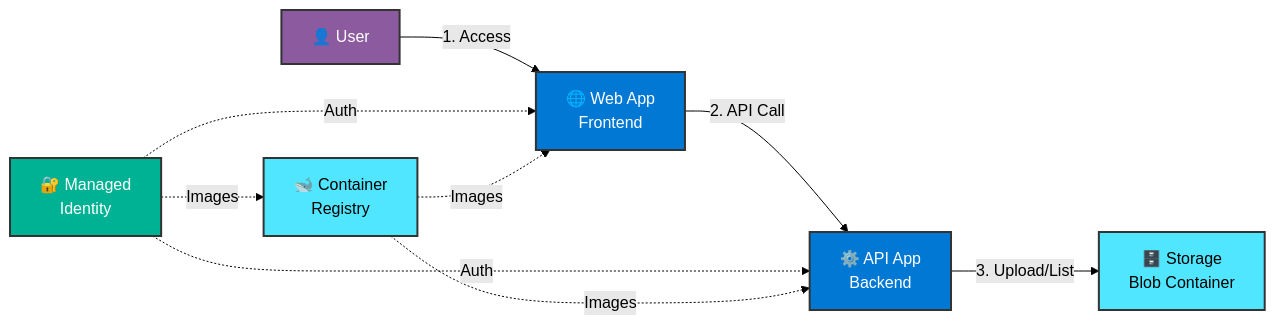
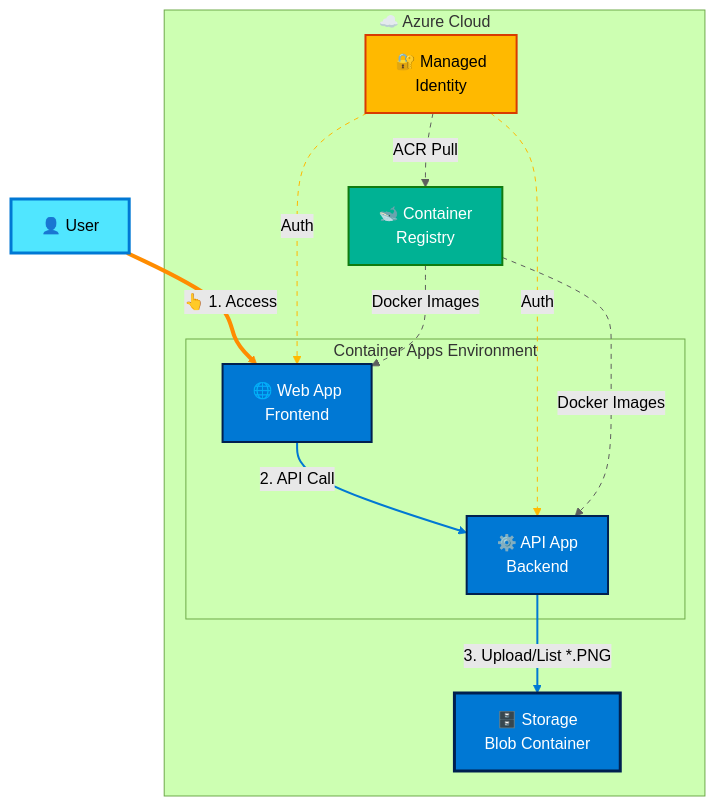
Before and after one commit to Azure-Samples/azure-typescript-upload-file-storage-blob: the diagram in docs/mermaid/architecture-simple.mermaid, drawn with Mermaid (forest theme). The commit also changed 11 other files, not shown here.

```diff
--- a/docs/mermaid/architecture-simple.mermaid
+++ b/docs/mermaid/architecture-simple.mermaid
@@ -1,29 +1,41 @@
-graph LR
+graph TB
     User[👤 User]
-    Frontend[🌐 Web App<br/>Frontend]
-    Backend[⚙️ API App<br/>Backend]
-    ManagedIdentity[🔐 Managed<br/>Identity]
-    Registry[🐋 Container<br/>Registry]
-    Storage[🗄️ Storage<br/>Blob Container]
+    
+    subgraph Azure["☁️ Azure Cloud"]
+        subgraph ContainerApps["Container Apps Environment"]
+            Frontend[🌐 Web App<br/>Frontend]
+            Backend[⚙️ API App<br/>Backend]
+        end
+        
+        ManagedIdentity[🔐 Managed<br/>Identity]
+        Registry[🐋 Container<br/>Registry]
+        Storage[🗄️ Storage<br/>Blob Container]
+    end
 
-    User -->|1. Access| Frontend
+    User -->|👆 1. Access| Frontend
     Frontend -->|2. API Call| Backend
-    Backend -->|3. Upload/List| Storage
+    Backend -->|3. Upload/List *.PNG| Storage
     
     ManagedIdentity -.->|Auth| Frontend
     ManagedIdentity -.->|Auth| Backend
-    ManagedIdentity -.->|Images| Registry
-    Registry -.->|Images| Frontend
-    Registry -.->|Images| Backend
+    ManagedIdentity -.->|ACR Pull| Registry
+    Registry -.->|Docker Images| Frontend
+    Registry -.->|Docker Images| Backend
 
-    classDef userStyle fill:#8B5A9F,stroke:#333,stroke-width:2px,color:#fff
-    classDef appStyle fill:#0078D4,stroke:#333,stroke-width:2px,color:#fff
-    classDef identityStyle fill:#00B294,stroke:#333,stroke-width:2px,color:#fff
-    classDef registryStyle fill:#50E6FF,stroke:#333,stroke-width:2px,color:#000
-    classDef storageStyle fill:#50E6FF,stroke:#333,stroke-width:2px,color:#000
+    classDef userStyle fill:#50E6FF,stroke:#0078D4,stroke-width:3px,color:#000
+    classDef appStyle fill:#0078D4,stroke:#002050,stroke-width:2px,color:#fff
+    classDef identityStyle fill:#FFB900,stroke:#D83B01,stroke-width:2px,color:#000
+    classDef registryStyle fill:#00B294,stroke:#107C10,stroke-width:2px,color:#fff
+    classDef storageStyle fill:#0078D4,stroke:#002050,stroke-width:3px,color:#fff
 
     class User userStyle
     class Frontend,Backend appStyle
     class ManagedIdentity identityStyle
     class Registry registryStyle
     class Storage storageStyle
+    
+    %% Link styles for colored flows
+    linkStyle 0 stroke:#FF8C00,stroke-width:4px
+    linkStyle 1,2 stroke:#0078D4,stroke-width:2px
+    linkStyle 3,4 stroke:#FFB900,stroke-width:1px,stroke-dasharray:5
+    linkStyle 5,6,7 stroke:#5E5E5E,stroke-width:1px,stroke-dasharray:5
```
